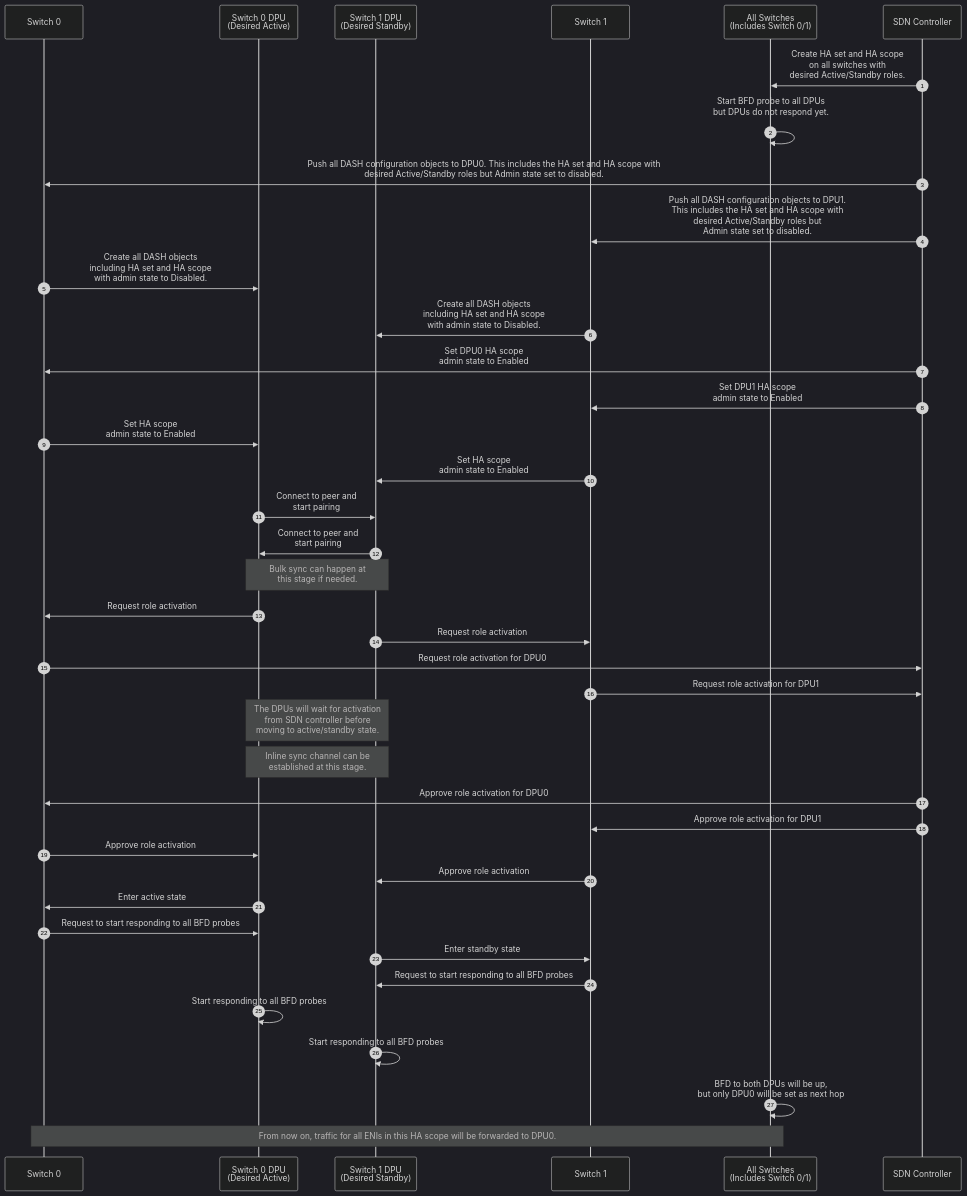
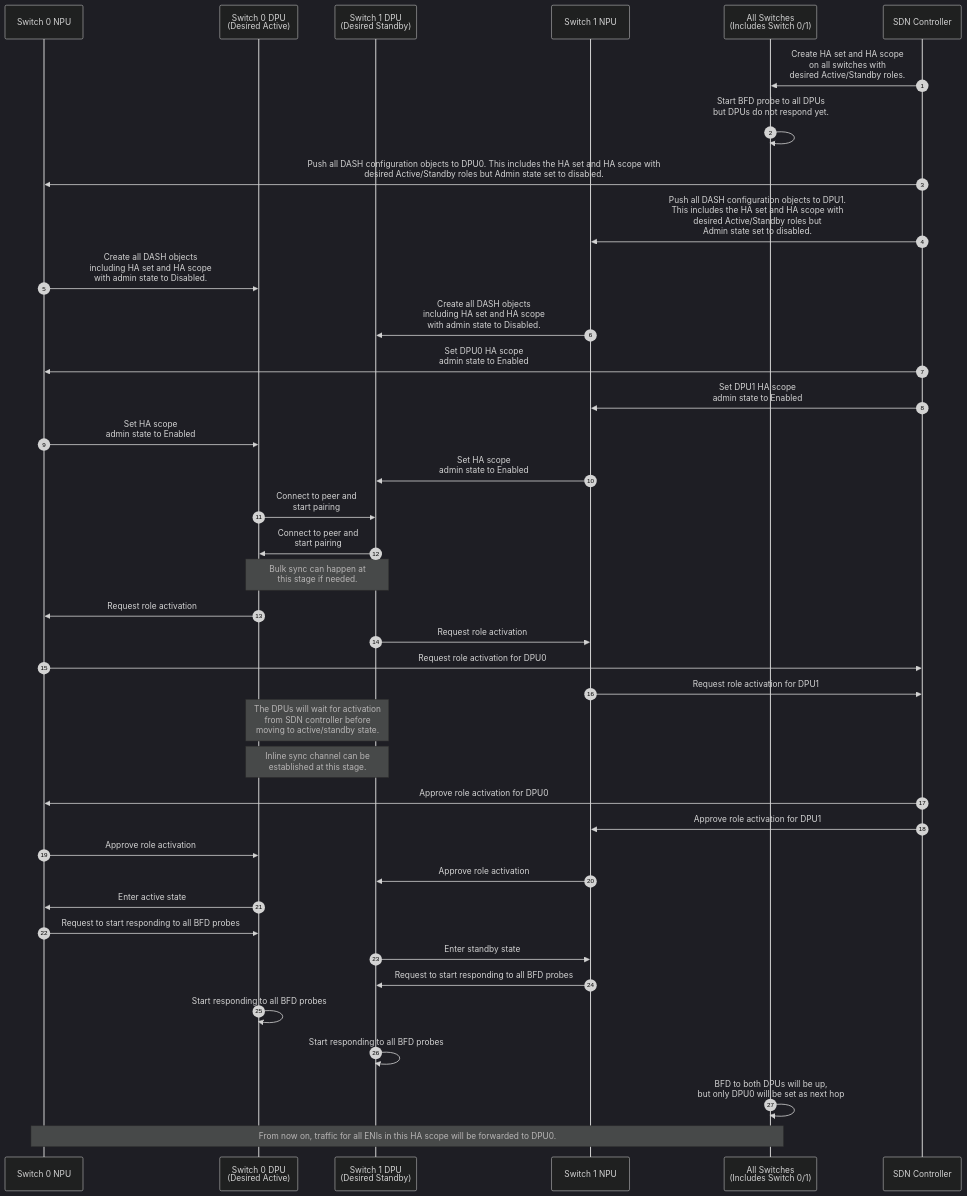
Before and after one commit to sonic-net/SONiC: the first of 3 diagrams in doc/smart-switch/high-availability/smart-switch-ha-dpu-scope-dpu-driven-setup.md, drawn with Mermaid (dark theme). The commit also changed other lines of this file, not shown here.

````diff
--- a/doc/smart-switch/high-availability/smart-switch-ha-dpu-scope-dpu-driven-setup.md
+++ b/doc/smart-switch/high-availability/smart-switch-ha-dpu-scope-dpu-driven-setup.md
@@ -208,49 +208,49 @@
 ```mermaid
 sequenceDiagram
    autonumber
 
-   participant S0 as Switch 0
+   participant S0N as Switch 0 NPU
    participant S0D as Switch 0 DPU<br>(Desired Active)
    participant S1D as Switch 1 DPU<br>(Desired Standby)
-   participant S1 as Switch 1
+   participant S1N as Switch 1 NPU
    participant SA as All Switches<br>(Includes Switch 0/1)
    participant SDN as SDN Controller
 
    SDN->>SA: Create HA set and HA scope<br>on all switches with<br>desired Active/Standby roles.
    SA->>SA: Start BFD probe to all DPUs<br>but DPUs do not respond yet.<br>
-   SDN->>S0: Push all DASH configuration objects to DPU0. This includes the HA set and HA scope with<br>desired Active/Standby roles but Admin state set to disabled.
-   SDN->>S1: Push all DASH configuration objects to DPU1.<br>This includes the HA set and HA scope with<br>desired Active/Standby roles but<br>Admin state set to disabled.
-   S0->>S0D: Create all DASH objects<br>including HA set and HA scope<br>with admin state to Disabled.
-   S1->>S1D: Create all DASH objects<br>including HA set and HA scope<br>with admin state to Disabled.
+   SDN->>S0N: Push all DASH configuration objects to DPU0. This includes the HA set and HA scope with<br>desired Active/Standby roles but Admin state set to disabled.
+   SDN->>S1N: Push all DASH configuration objects to DPU1.<br>This includes the HA set and HA scope with<br>desired Active/Standby roles but<br>Admin state set to disabled.
+   S0N->>S0D: Create all DASH objects<br>including HA set and HA scope<br>with admin state to Disabled.
+   S1N->>S1D: Create all DASH objects<br>including HA set and HA scope<br>with admin state to Disabled.
 
-   SDN->>S0: Set DPU0 HA scope<br>admin state to Enabled
-   SDN->>S1: Set DPU1 HA scope<br>admin state to Enabled
-   S0->>S0D: Set HA scope<br>admin state to Enabled
-   S1->>S1D: Set HA scope<br>admin state to Enabled
+   SDN->>S0N: Set DPU0 HA scope<br>admin state to Enabled
+   SDN->>S1N: Set DPU1 HA scope<br>admin state to Enabled
+   S0N->>S0D: Set HA scope<br>admin state to Enabled
+   S1N->>S1D: Set HA scope<br>admin state to Enabled
 
    S0D->>S1D: Connect to peer and<br>start pairing
    S1D->>S0D: Connect to peer and<br>start pairing
    Note over S0D,S1D: Bulk sync can happen at<br>this stage if needed.
 
-   S0D->>S0: Request role activation
-   S1D->>S1: Request role activation
-   S0->>SDN: Request role activation for DPU0
-   S1->>SDN: Request role activation for DPU1
+   S0D->>S0N: Request role activation
+   S1D->>S1N: Request role activation
+   S0N->>SDN: Request role activation for DPU0
+   S1N->>SDN: Request role activation for DPU1
    Note over S0D,S1D: The DPUs will wait for activation<br>from SDN controller before<br>moving to active/standby state.
    Note over S0D,S1D: Inline sync channel can be<br>established at this stage.
 
-   SDN->>S0: Approve role activation for DPU0
-   SDN->>S1: Approve role activation for DPU1
-   S0->>S0D: Approve role activation
-   S1->>S1D: Approve role activation
+   SDN->>S0N: Approve role activation for DPU0
+   SDN->>S1N: Approve role activation for DPU1
+   S0N->>S0D: Approve role activation
+   S1N->>S1D: Approve role activation
 
-   S0D->>S0: Enter active state
-   S0->>S0D: Request to start responding to all BFD probes
-   S1D->>S1: Enter standby state
-   S1->>S1D: Request to start responding to all BFD probes
+   S0D->>S0N: Enter active state
+   S0N->>S0D: Request to start responding to all BFD probes
+   S1D->>S1N: Enter standby state
+   S1N->>S1D: Request to start responding to all BFD probes
    S0D->>S0D: Start responding to all BFD probes
    S1D->>S1D: Start responding to all BFD probes
 
    SA->>SA: BFD to both DPUs will be up,<br>but only DPU0 will be set as next hop
-   Note over S0,SA: From now on, traffic for all ENIs in this HA scope will be forwarded to DPU0.
+   Note over S0N,SA: From now on, traffic for all ENIs in this HA scope will be forwarded to DPU0.
 ```
````
